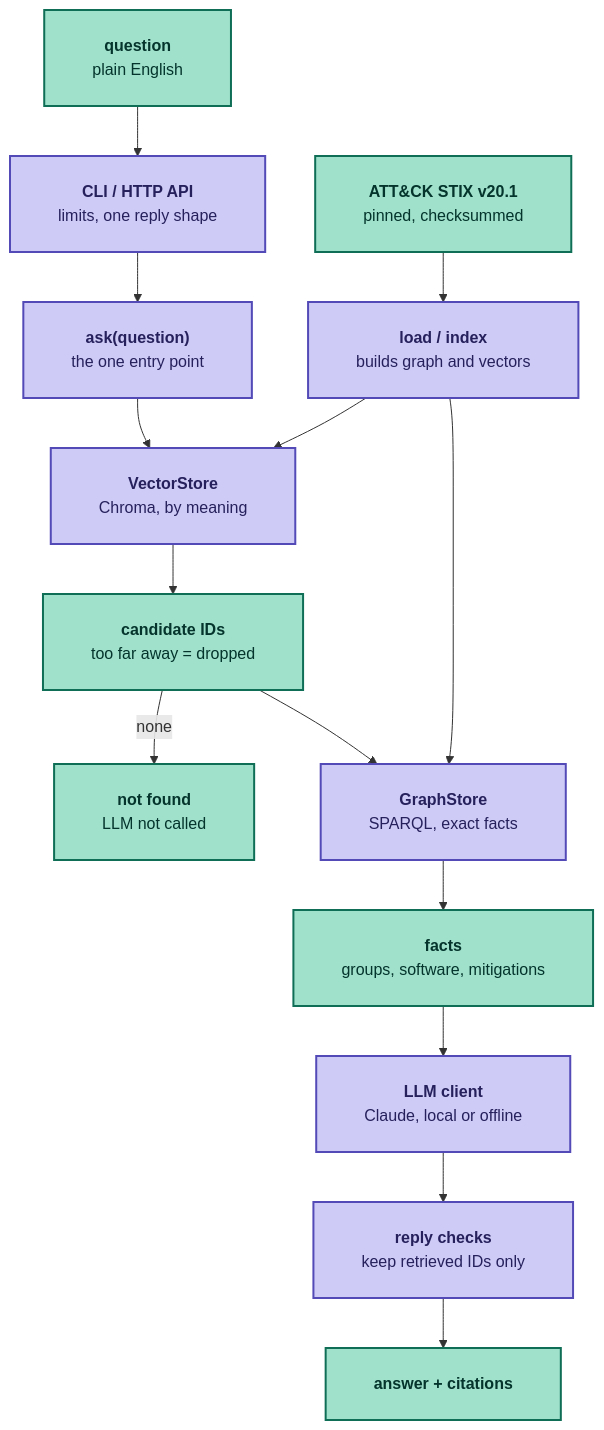
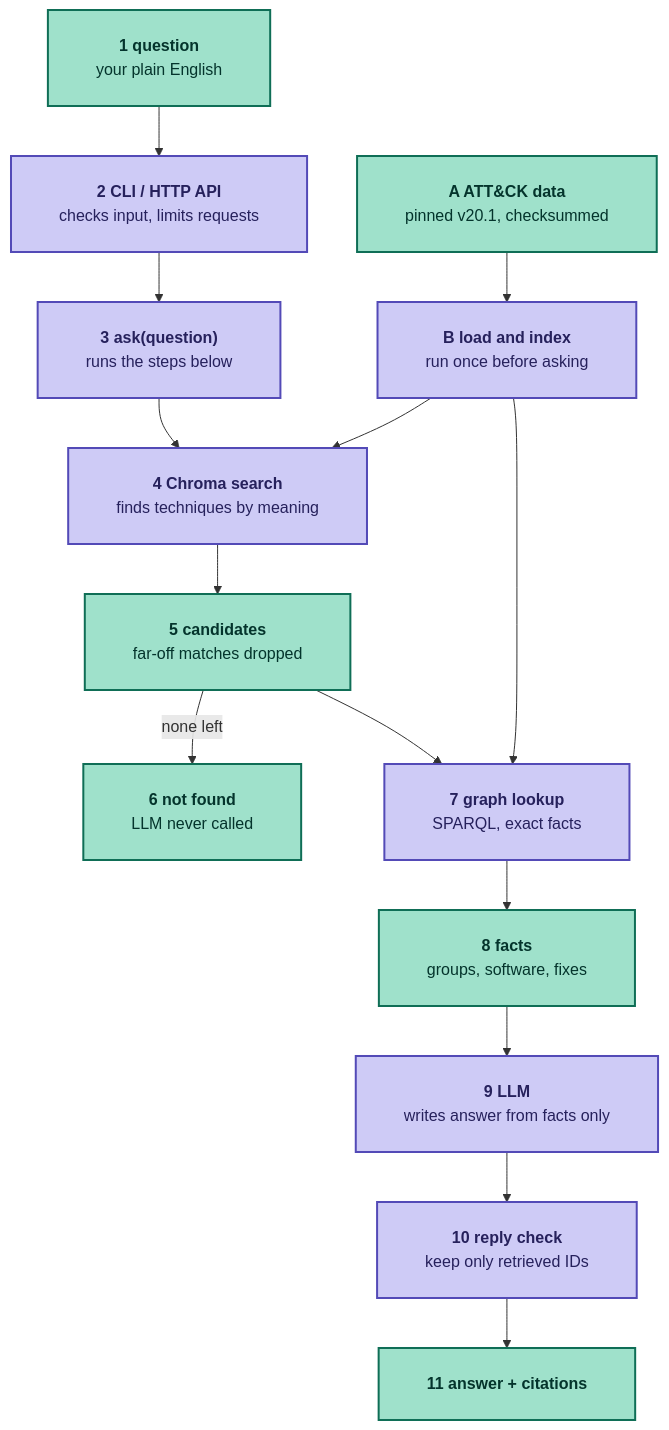
One commit to jbb-codes/attack-graph-rag changed the diagram in README.md. Above: the diagram before and after it, drawn with Mermaid. The commit also changed other lines of this file, not shown here.

Commit message:
docs(readme): number the diagram and add a step-by-step walkthrough
- number each box and match a plain-English list to it
- explain Chroma, embedding and MiniLM where they first appear

Closes #13

````diff
--- a/README.md
+++ b/README.md
@@ -19,38 +19,38 @@
 ```mermaid
 ---
 config:
   flowchart:
     padding: 24
     wrappingWidth: 300
 ---
 flowchart TD
-  Q["`**question**
-  plain English`"] --> API["`**CLI / HTTP API**
-  limits, one reply shape`"]
-  API --> ASK["`**ask(question)**
-  the one entry point`"]
-  ASK --> VS["`**VectorStore**
-  Chroma, by meaning`"]
-  VS --> HITS["`**candidate IDs**
-  too far away = dropped`"]
-  HITS -->|none| NF["`**not found**
-  LLM not called`"]
-  HITS --> GS["`**GraphStore**
+  Q["`**1 question**
+  your plain English`"] --> API["`**2 CLI / HTTP API**
+  checks input, limits requests`"]
+  API --> ASK["`**3 ask(question)**
+  runs the steps below`"]
+  ASK --> VS["`**4 Chroma search**
+  finds techniques by meaning`"]
+  VS --> HITS["`**5 candidates**
+  far-off matches dropped`"]
+  HITS -->|none left| NF["`**6 not found**
+  LLM never called`"]
+  HITS --> GS["`**7 graph lookup**
   SPARQL, exact facts`"]
-  GS --> FACTS["`**facts**
-  groups, software, mitigations`"]
-  FACTS --> LLM["`**LLM client**
-  Claude, local or offline`"]
-  LLM --> CHK["`**reply checks**
-  keep retrieved IDs only`"]
-  CHK --> OUT["`**answer + citations**`"]
-  STIX["`**ATT&CK STIX v20.1**
-  pinned, checksummed`"] --> LOAD["`**load / index**
-  builds graph and vectors`"]
+  GS --> FACTS["`**8 facts**
+  groups, software, fixes`"]
+  FACTS --> LLM["`**9 LLM**
+  writes answer from facts only`"]
+  LLM --> CHK["`**10 reply check**
+  keep only retrieved IDs`"]
+  CHK --> OUT["`**11 answer + citations**`"]
+  STIX["`**A ATT&CK data**
+  pinned v20.1, checksummed`"] --> LOAD["`**B load and index**
+  run once before asking`"]
   LOAD --> GS
   LOAD --> VS
   classDef data fill:#9FE1CB,stroke:#0F6E56,stroke-width:2px,color:#04342C
   classDef code fill:#CECBF6,stroke:#534AB7,stroke-width:2px,color:#26215C
   class Q,HITS,NF,FACTS,OUT,STIX data
   class API,ASK,VS,GS,LLM,CHK,LOAD code
 ```
````
